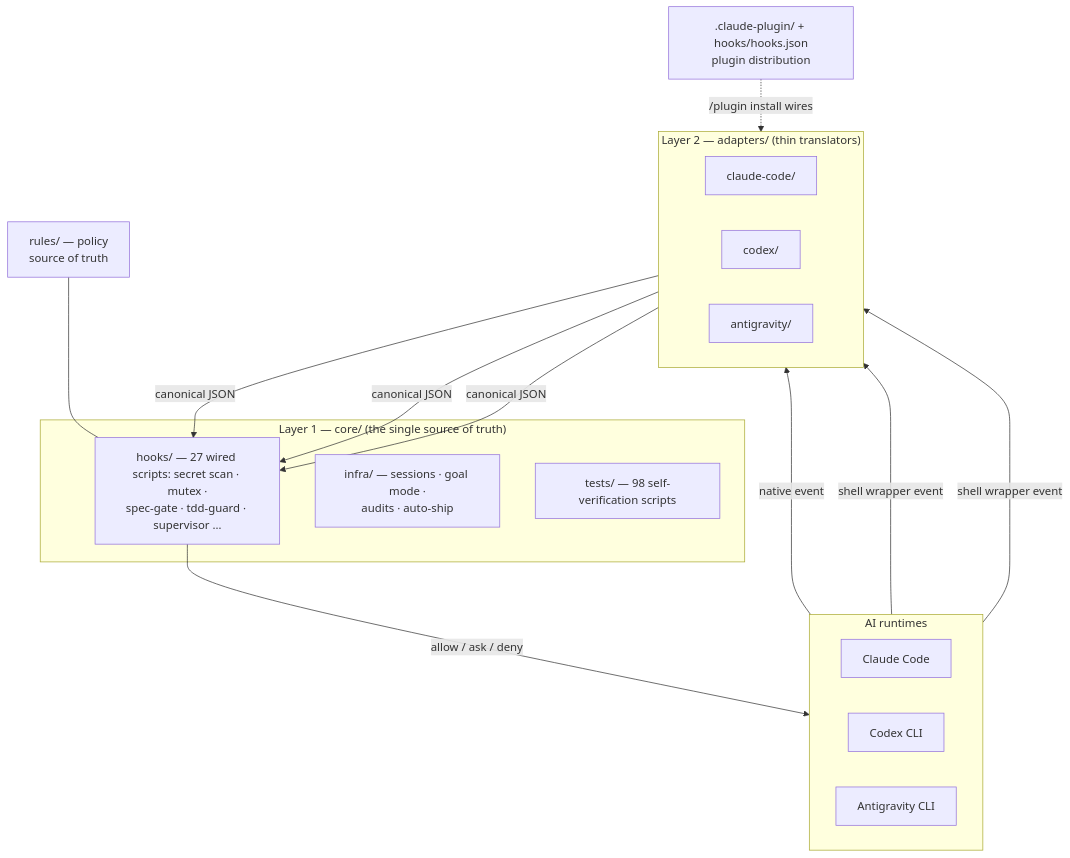
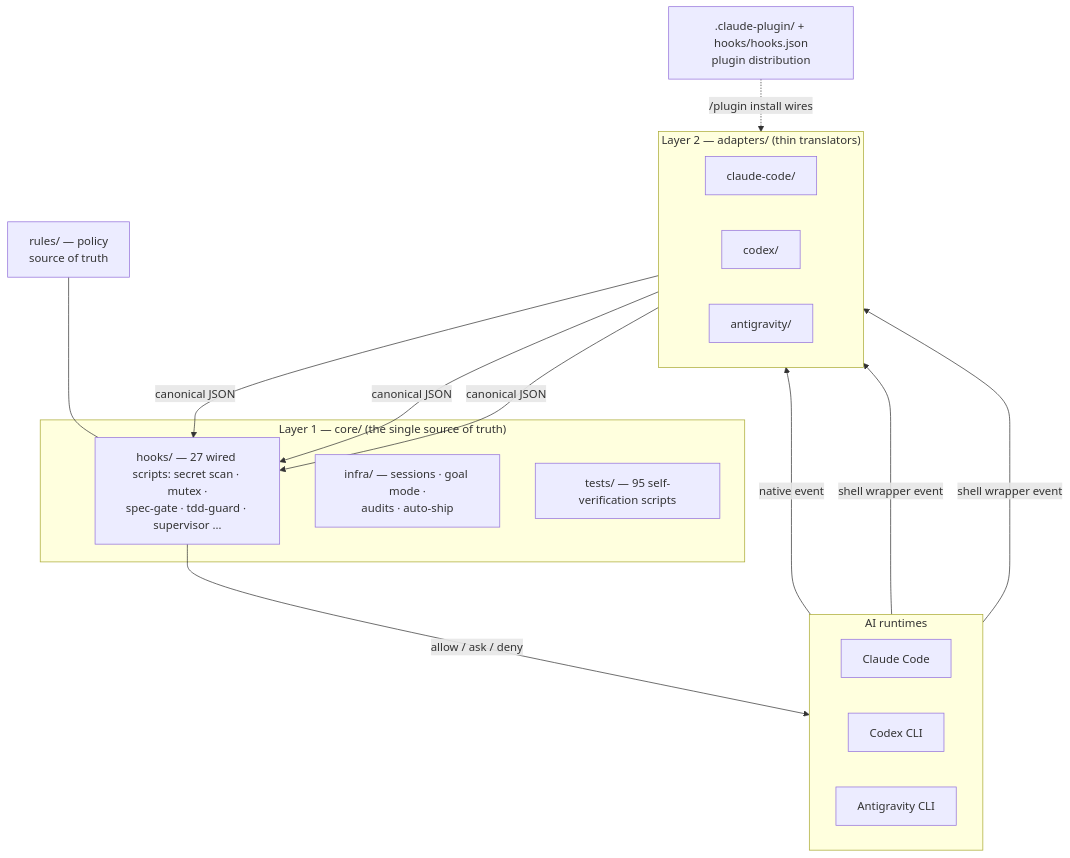
One commit to joymin5655/Agent changed the second of 5 diagrams in README.md. Above: the diagram before and after it, drawn with Mermaid. The commit also changed other lines of this file and 55 other files, not shown here.

````diff
--- a/README.md
+++ b/README.md
@@ -316,32 +314,32 @@
 ```mermaid
 flowchart TB
     subgraph RT["AI runtimes"]
         direction LR
         CC["Claude Code"]
         CX["Codex CLI"]
         GM["Antigravity CLI"]
     end
     subgraph AD["Layer 2 — adapters/ (thin translators)"]
         direction LR
         A1["claude-code/"]
         A2["codex/"]
         A3["antigravity/"]
     end
     subgraph CORE["Layer 1 — core/ (the single source of truth)"]
         H["hooks/ — 27 wired scripts: secret scan · mutex ·<br/>spec-gate · tdd-guard · supervisor …"]
         I["infra/ — sessions · goal mode ·<br/>audits · auto-ship"]
-        T["tests/ — 98 self-verification scripts"]
+        T["tests/ — 95 self-verification scripts"]
     end
     R["rules/ — policy<br/>source of truth"]
     PLUG[".claude-plugin/ + hooks/hooks.json<br/>plugin distribution"]
 
     CC -->|native event| A1
     CX -->|shell wrapper event| A2
     GM -->|shell wrapper event| A3
     A1 -->|canonical JSON| H
     A2 -->|canonical JSON| H
     A3 -->|canonical JSON| H
     H -->|"allow / ask / deny"| RT
     R --- H
     PLUG -. "/plugin install wires" .-> A1
 ```
````
